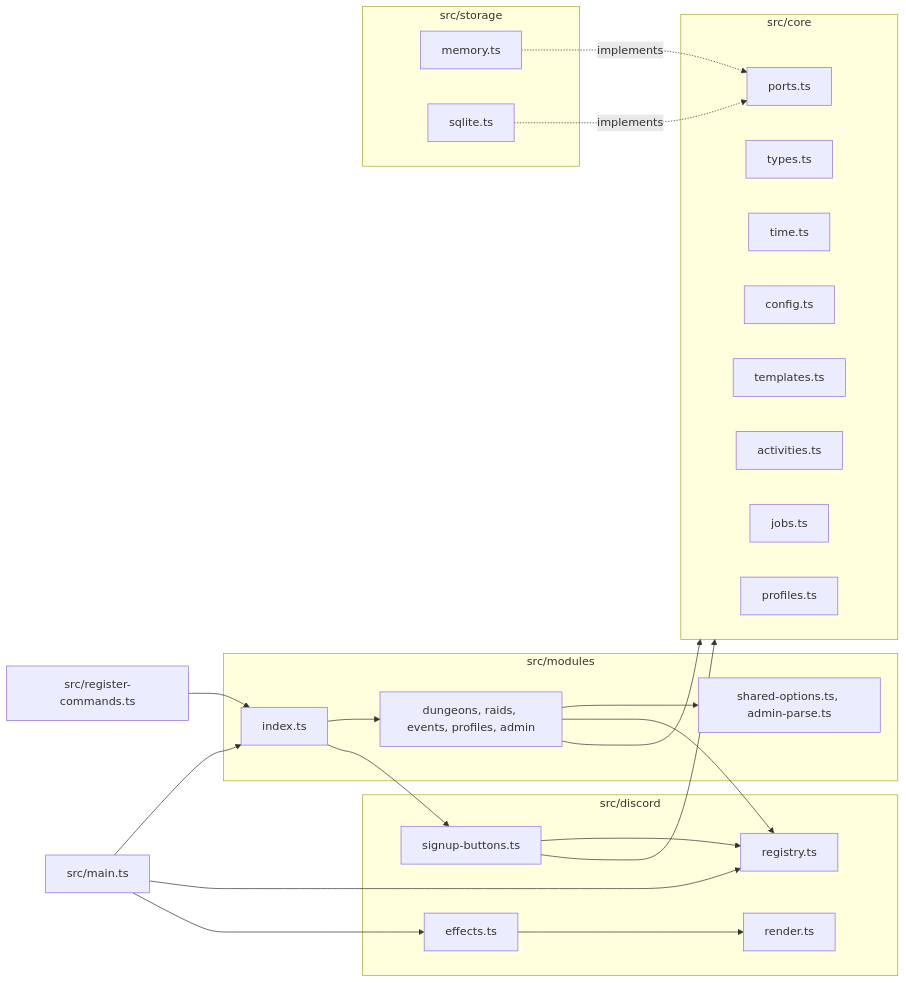
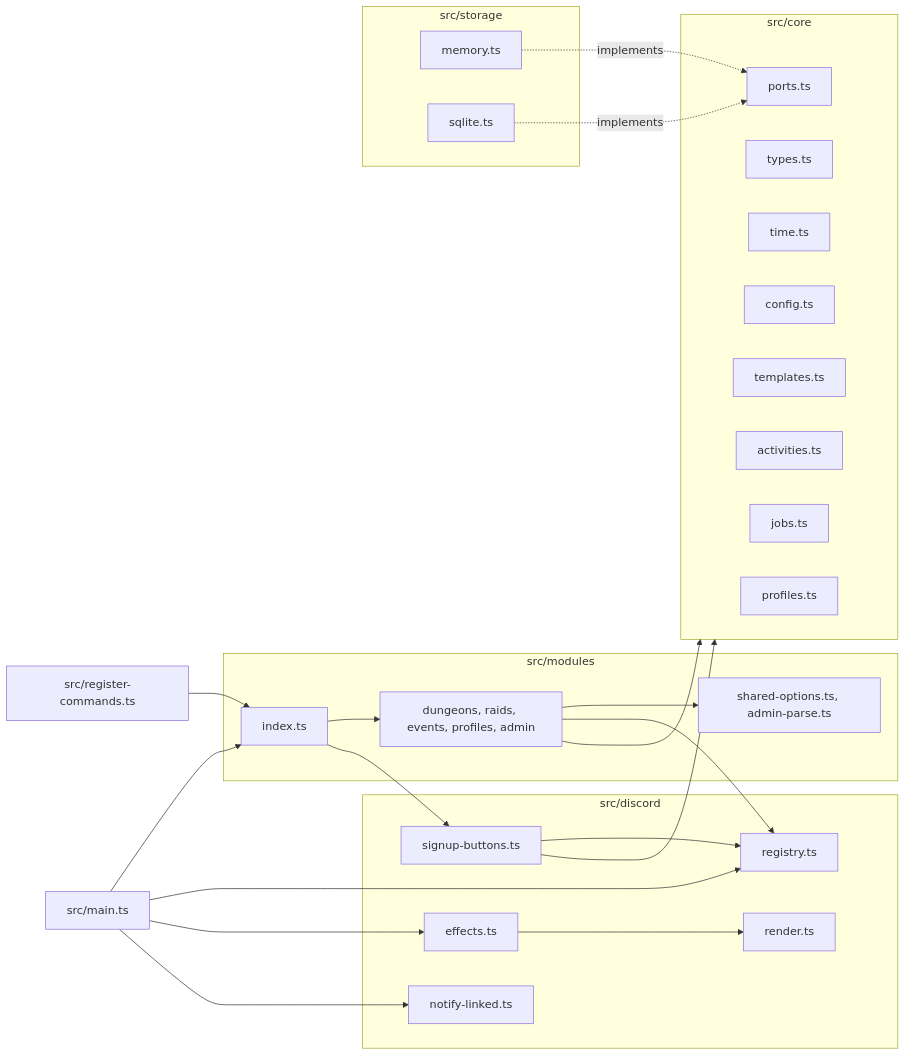
One commit to brookflok/dungeon-raid-discord-bot changed the third of 7 diagrams in docs/architecture/arc42.md. Above: the diagram before and after it, drawn with Mermaid. The commit also changed other lines of this file and 5 other files, not shown here.

````diff
--- a/docs/architecture/arc42.md
+++ b/docs/architecture/arc42.md
@@ -151,44 +152,46 @@
 ```mermaid
 flowchart LR
     main[src/main.ts]
     register[src/register-commands.ts]
     subgraph core[src/core]
       types[types.ts]
       ports[ports.ts]
       time[time.ts]
       config[config.ts]
       templates[templates.ts]
       activities[activities.ts]
       jobs[jobs.ts]
       profiles[profiles.ts]
     end
     subgraph modules[src/modules]
       index[index.ts]
       mods[dungeons, raids, events, profiles, admin]
       shared[shared-options.ts, admin-parse.ts]
     end
     subgraph discord[src/discord]
       registry[registry.ts]
       render[render.ts]
       effects[effects.ts]
       signup[signup-buttons.ts]
+      notify[notify-linked.ts]
     end
     subgraph storage[src/storage]
       memory[memory.ts]
       sqlite[sqlite.ts]
     end
     main --> index
     register --> index
     index --> mods
     index --> signup
     main --> registry
     main --> effects
+    main --> notify
     mods --> shared
     mods --> registry
     mods --> core
     signup --> registry
     signup --> core
     effects --> render
     memory -. implements .-> ports
     sqlite -. implements .-> ports
 ```
````
